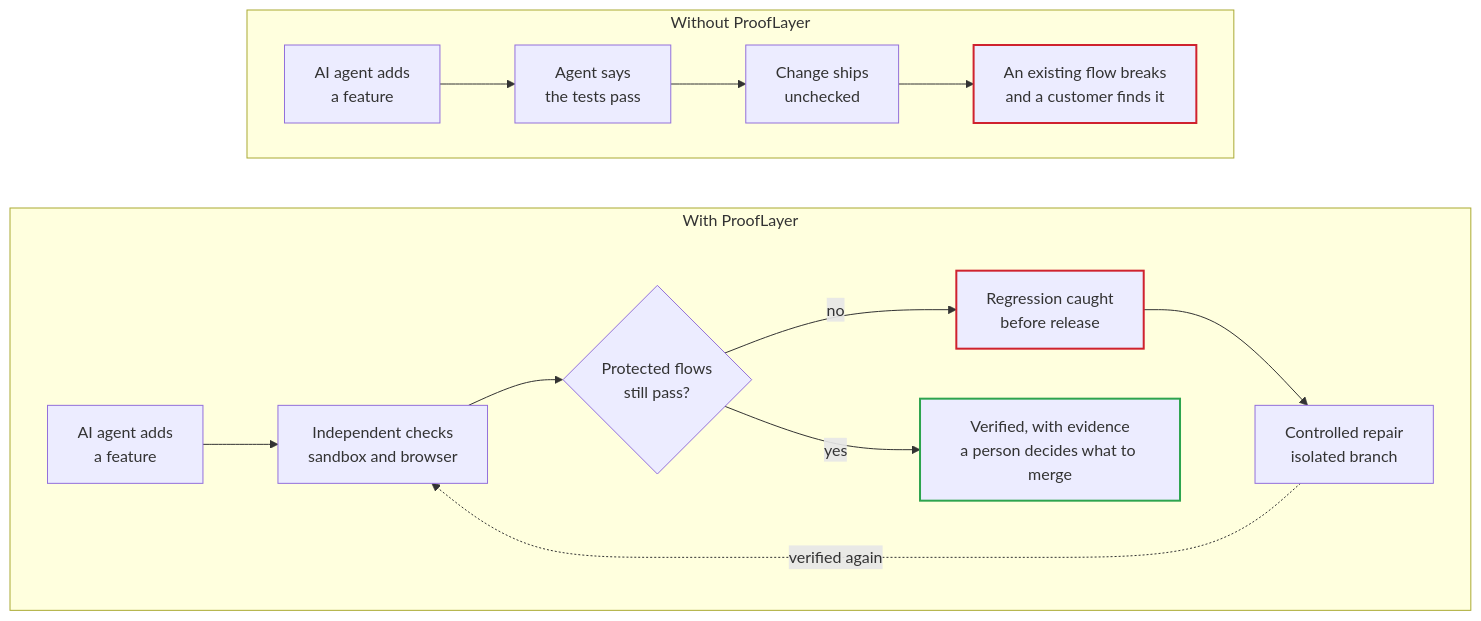
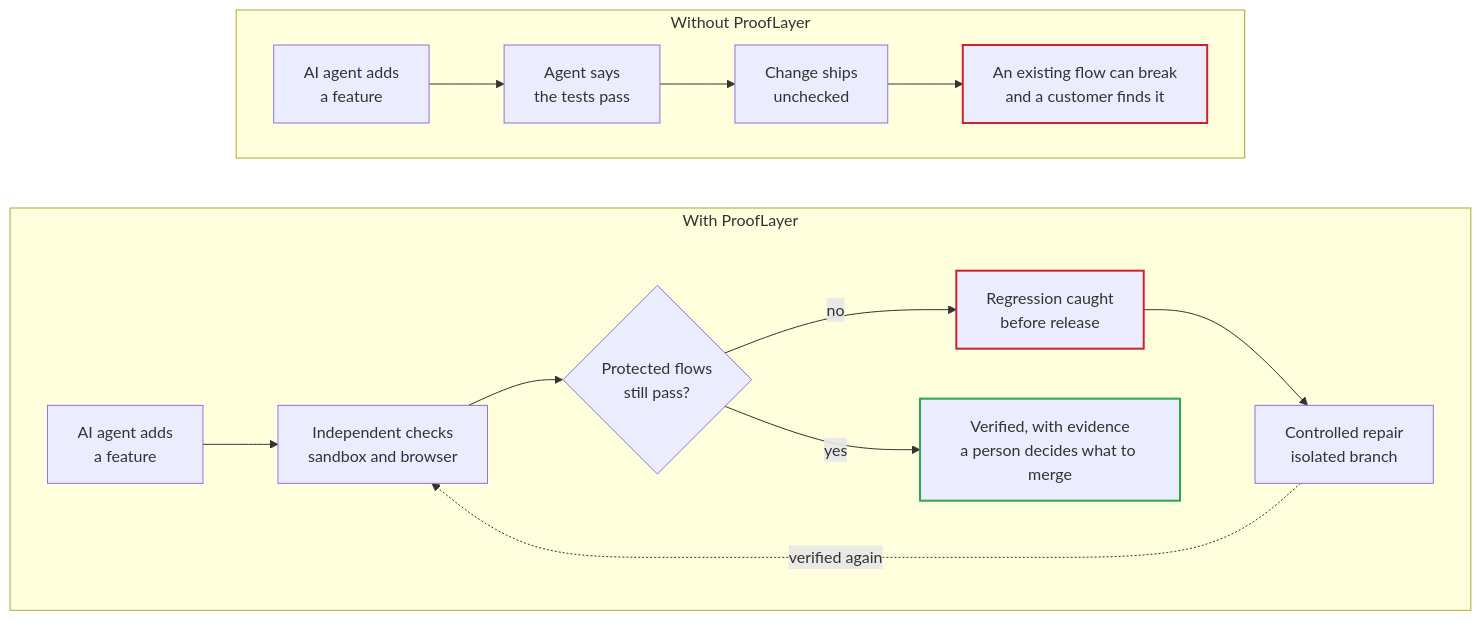
One commit to rashmi09-sys/prooflayer changed the first of 3 diagrams in README.md. Above: the diagram before and after it, drawn with Mermaid. The commit also changed other lines of this file, not shown here.

Commit message:
Refine two README diagrams
A regression is a risk, not a certainty: the unchecked path now says an
existing flow can break. The architecture diagram shows the Chromium
journeys running after a passing build, not alongside the Docker checks.

````diff
--- a/README.md
+++ b/README.md
@@ -9,23 +9,23 @@
 ```mermaid
 flowchart TB
   subgraph WITHOUT["Without ProofLayer"]
     direction LR
     a1["AI agent adds<br/>a feature"] --> a2["Agent says<br/>the tests pass"]
     a2 --> a3["Change ships<br/>unchecked"]
-    a3 --> a4["An existing flow breaks<br/>and a customer finds it"]
+    a3 --> a4["An existing flow can break<br/>and a customer finds it"]
   end
   subgraph WITH["With ProofLayer"]
     direction LR
     b1["AI agent adds<br/>a feature"] --> b2["Independent checks<br/>sandbox and browser"]
     b2 --> b3{"Protected flows<br/>still pass?"}
     b3 -- "no" --> b4["Regression caught<br/>before release"]
     b4 --> b5["Controlled repair<br/>isolated branch"]
     b5 -. "verified again" .-> b2
     b3 -- "yes" --> b6["Verified, with evidence<br/>a person decides what to merge"]
   end
   WITHOUT ~~~ WITH
   classDef bad stroke:#cf222e,stroke-width:2px
   classDef good stroke:#2da44e,stroke-width:2px
   class a4,b4 bad
   class b6 good
 ```
````
